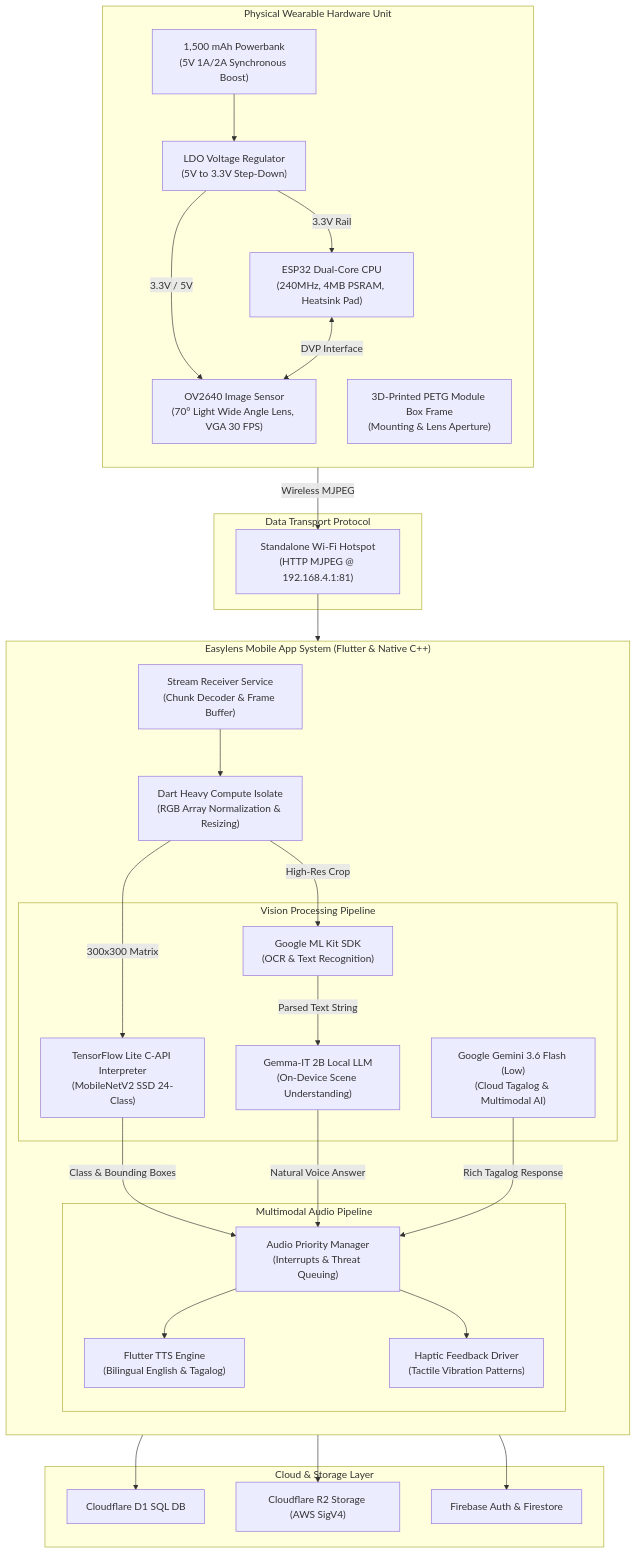
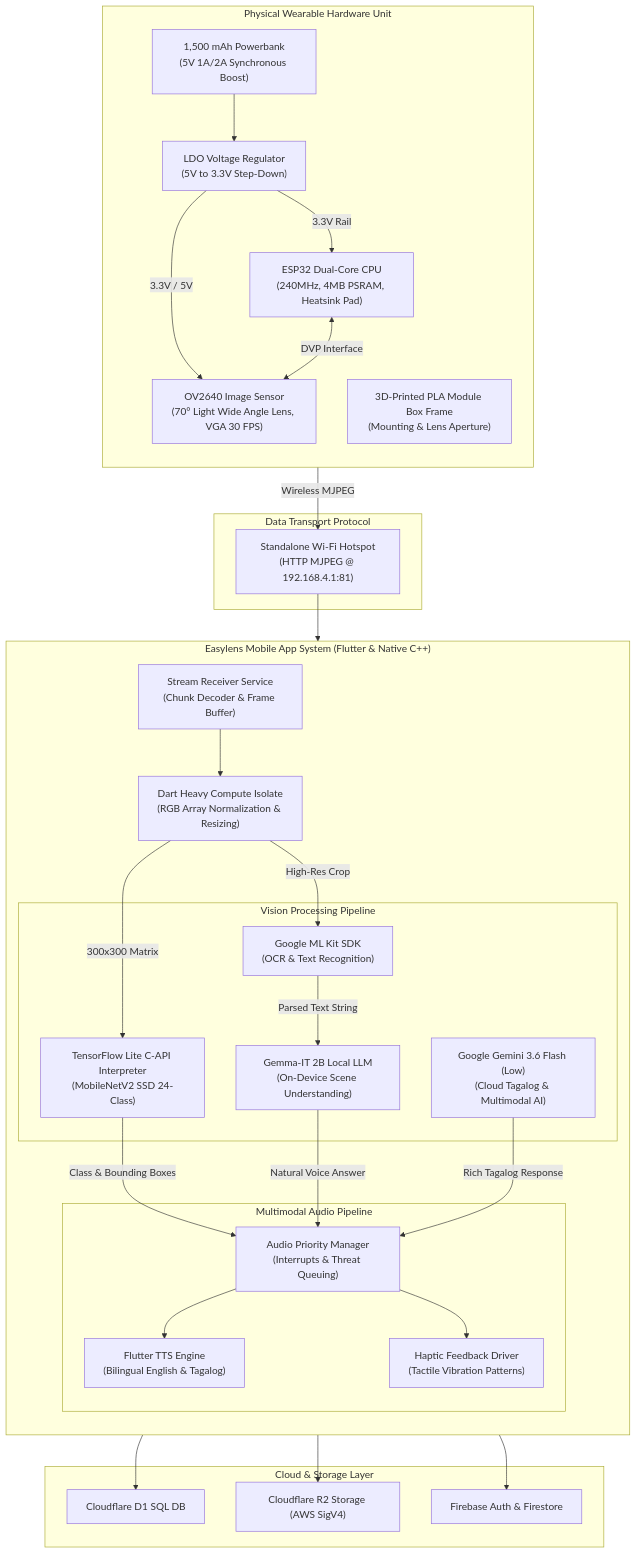
Before and after one commit to Thes-IS-IT/Easylens: the second of 6 diagrams in docs/system_architecture/system_architecture_and_uml.md, drawn with Mermaid. The commit also changed other lines of this file and 4 other files, not shown here.

Commit message:
docs: update gantt chart timeline dates and correct 3D print material from PETG to PLA

````diff
--- a/docs/system_architecture/system_architecture_and_uml.md
+++ b/docs/system_architecture/system_architecture_and_uml.md
@@ -44,63 +44,63 @@
 ```mermaid
 flowchart TB
     subgraph Physical Hardware ["Physical Wearable Hardware Unit"]
         direction TB
         BATT["1,500 mAh Powerbank\n(5V 1A/2A Synchronous Boost)"]
         REG["LDO Voltage Regulator\n(5V to 3.3V Step-Down)"]
         ESP["ESP32 Dual-Core CPU\n(240MHz, 4MB PSRAM, Heatsink Pad)"]
         OV2640["OV2640 Image Sensor\n(70° Light Wide Angle Lens, VGA 30 FPS)"]
-        CLIP["3D-Printed PETG Module Box Frame\n(Mounting & Lens Aperture)"]
+        CLIP["3D-Printed PLA Module Box Frame\n(Mounting & Lens Aperture)"]
 
         BATT --> REG
         REG -->|"3.3V Rail"| ESP
         REG -->|"3.3V / 5V"| OV2640
         ESP <-->|"DVP Interface"| OV2640
     end
 
     subgraph Transmission Layer ["Data Transport Protocol"]
         WIFI["Standalone Wi-Fi Hotspot\n(HTTP MJPEG @ 192.168.4.1:81)"]
 
         ESP -->|"Wireless MJPEG"| WIFI
     end
 
     subgraph Edge Application ["Easylens Mobile App System (Flutter & Native C++)"]
         direction TB
         RECV["Stream Receiver Service\n(Chunk Decoder & Frame Buffer)"]
         ISOLATE["Dart Heavy Compute Isolate\n(RGB Array Normalization & Resizing)"]
         
         subgraph Vision Engine ["Vision Processing Pipeline"]
             TFLITE["TensorFlow Lite C-API Interpreter\n(MobileNetV2 SSD 24-Class)"]
             MLKIT["Google ML Kit SDK\n(OCR & Text Recognition)"]
             GEMMA["Gemma-IT 2B Local LLM\n(On-Device Scene Understanding)"]
             GEMINI["Google Gemini 3.6 Flash (Low)\n(Cloud Tagalog & Multimodal AI)"]
         end
 
         subgraph Audio Engine ["Multimodal Audio Pipeline"]
             AUDIO_MGR["Audio Priority Manager\n(Interrupts & Threat Queuing)"]
             TTS_ENGINE["Flutter TTS Engine\n(Bilingual English & Tagalog)"]
             HAPTIC["Haptic Feedback Driver\n(Tactile Vibration Patterns)"]
         end
 
         RECV --> ISOLATE
         ISOLATE -->|"300x300 Matrix"| TFLITE
         ISOLATE -->|"High-Res Crop"| MLKIT
         TFLITE -->|"Class & Bounding Boxes"| AUDIO_MGR
         MLKIT -->|"Parsed Text String"| GEMMA
         GEMMA -->|"Natural Voice Answer"| AUDIO_MGR
         GEMINI -->|"Rich Tagalog Response"| AUDIO_MGR
         AUDIO_MGR --> TTS_ENGINE
         AUDIO_MGR --> HAPTIC
     end
 
     subgraph Backend Cloud ["Cloud & Storage Layer"]
         D1["Cloudflare D1 SQL DB"]
         R2["Cloudflare R2 Storage (AWS SigV4)"]
         FIREBASE["Firebase Auth & Firestore"]
 
         RECV --> D1
         RECV --> R2
         RECV --> FIREBASE
     end
 
     WIFI --> RECV
 ```
````
